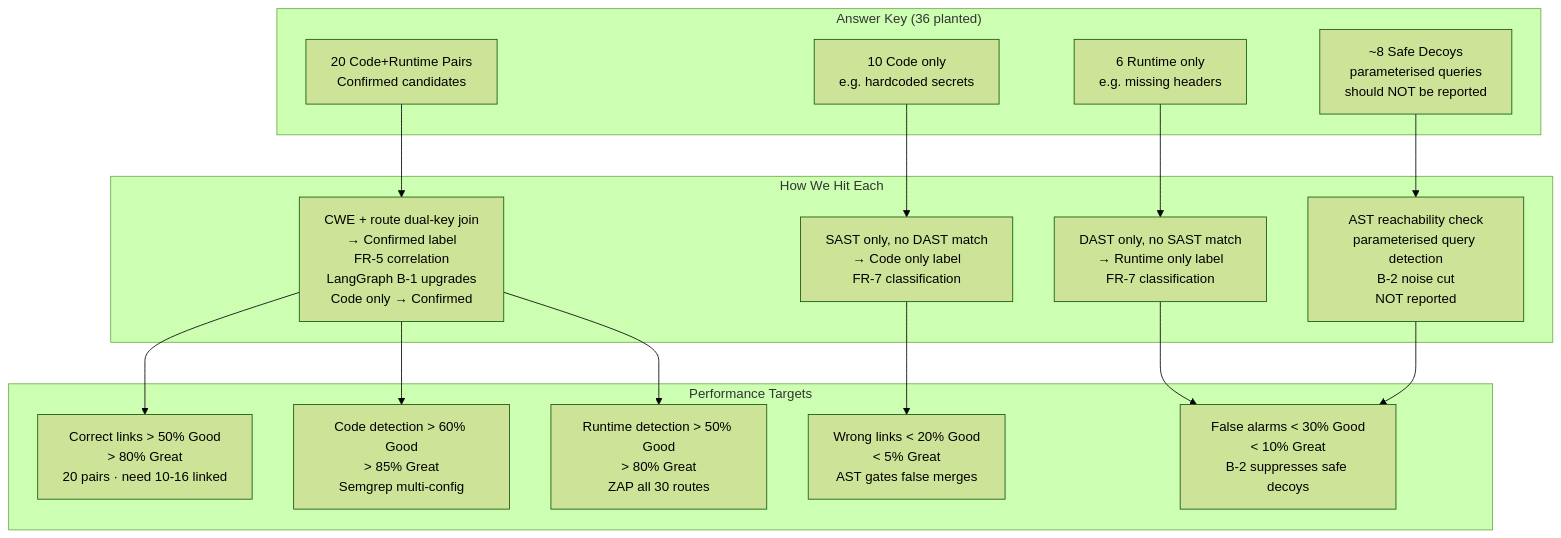
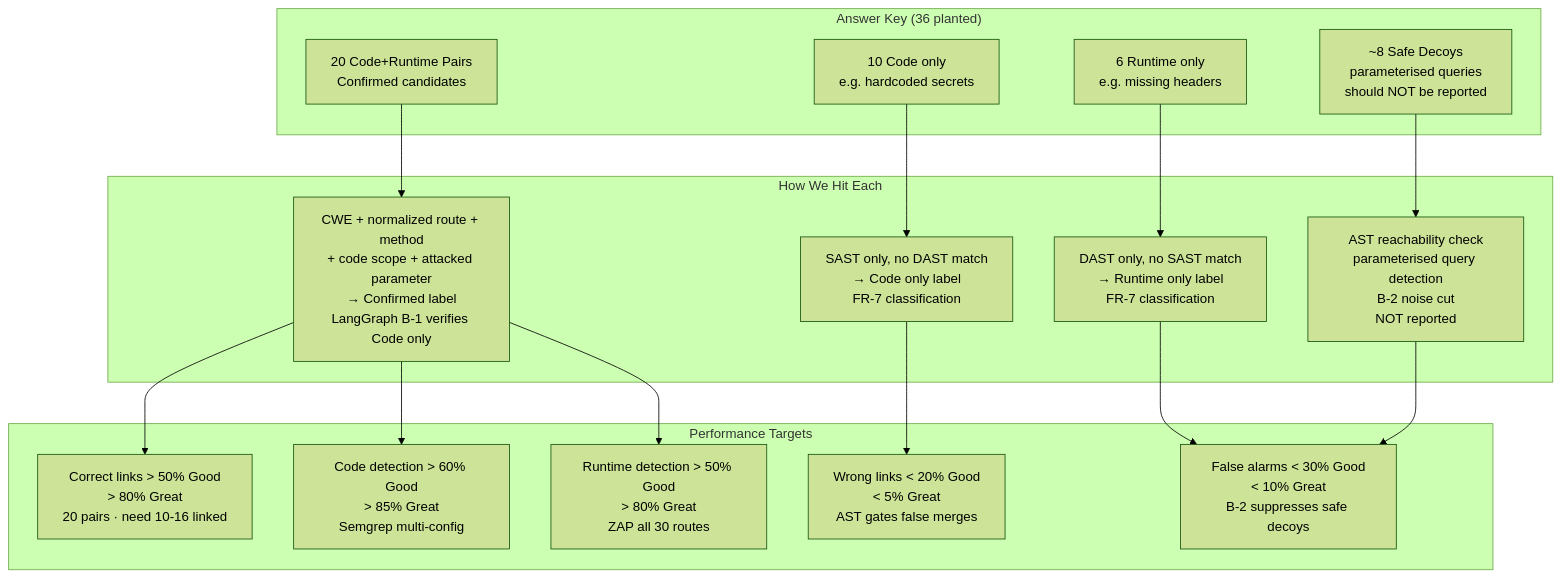
Diagram 22 of 25 in docs/P06-Architecture.md (Halcyora/mitigata), drawn with Mermaid (forest theme) before and after one commit. The commit also changed other lines of this file and 2 other files, not shown here.

First line of the commit message:
Enhance SAST-DAST correlation engine with strict evidence requirements

````diff
--- a/docs/P06-Architecture.md
+++ b/docs/P06-Architecture.md
@@ -730,31 +764,31 @@
 ```mermaid
 graph TD
     subgraph AK["Answer Key (36 planted)"]
         P20["20 Code+Runtime Pairs\nConfirmed candidates"]
         P10["10 Code only\ne.g. hardcoded secrets"]
         P6["6 Runtime only\ne.g. missing headers"]
         P8["~8 Safe Decoys\nparameterised queries\nshould NOT be reported"]
     end
 
     subgraph HOW["How We Hit Each"]
-        H20["CWE + route dual-key join\n→ Confirmed label\nFR-5 correlation\nLangGraph B-1 upgrades\nCode only → Confirmed"]
+        H20["CWE + normalized route + method\n+ code scope + attacked parameter\n→ Confirmed label\nLangGraph B-1 verifies Code only"]
         H10["SAST only, no DAST match\n→ Code only label\nFR-7 classification"]
         H6["DAST only, no SAST match\n→ Runtime only label\nFR-7 classification"]
         H8["AST reachability check\nparameterised query detection\nB-2 noise cut\nNOT reported"]
     end
 
     subgraph TARGETS["Performance Targets"]
         T1["Correct links > 50% Good\n> 80% Great\n20 pairs · need 10-16 linked"]
         T2["Wrong links < 20% Good\n< 5% Great\nAST gates false merges"]
         T3["False alarms < 30% Good\n< 10% Great\nB-2 suppresses safe decoys"]
         T4["Code detection > 60% Good\n> 85% Great\nSemgrep multi-config"]
         T5["Runtime detection > 50% Good\n> 80% Great\nZAP all 30 routes"]
     end
 
     P20 --> H20 --> T1
     P10 --> H10 --> T2
     P6 --> H6 --> T3
     P8 --> H8 --> T3
     H20 --> T4
     H20 --> T5
 ```
````
